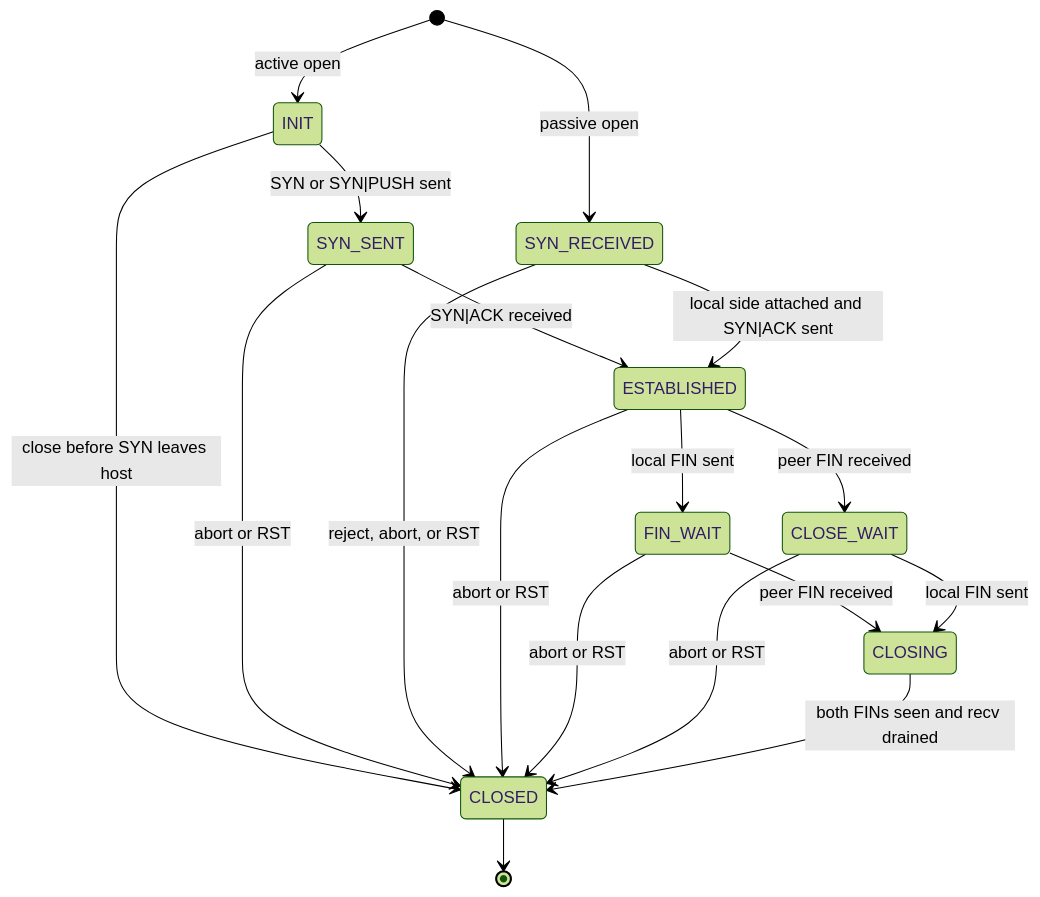
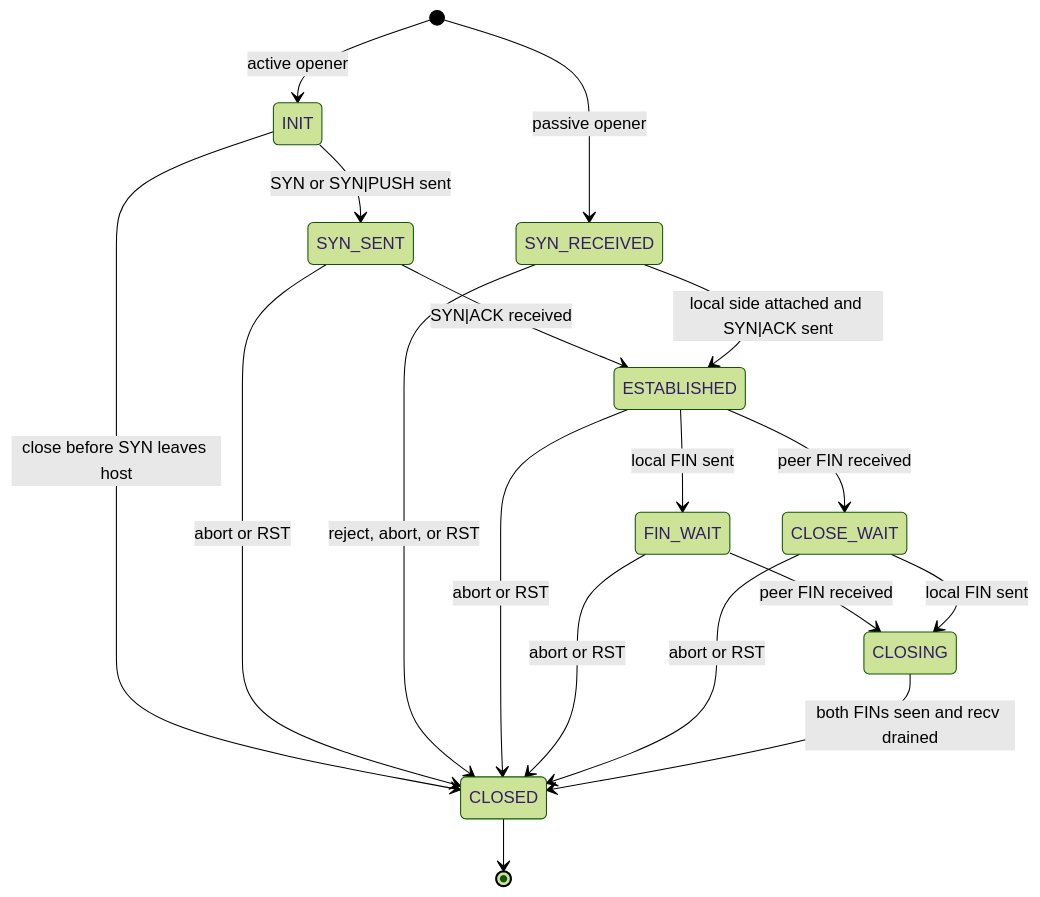
Before and after one commit to hexian000/multiplexd: the third of 17 diagrams in doc/impl.md, drawn with Mermaid (forest theme). The commit also changed other lines of this file and 21 other files, not shown here.

````diff
--- a/doc/impl.md
+++ b/doc/impl.md
@@ -159,27 +159,27 @@
 ```mermaid
 stateDiagram-v2
-  [*] --> INIT: active open
-  [*] --> SYN_RECEIVED: passive open
+  [*] --> INIT: active opener
+  [*] --> SYN_RECEIVED: passive opener
 
   INIT --> SYN_SENT: SYN or SYN|PUSH sent
   INIT --> CLOSED: close before SYN leaves host
 
   SYN_SENT --> ESTABLISHED: SYN|ACK received
   SYN_SENT --> CLOSED: abort or RST
 
   SYN_RECEIVED --> ESTABLISHED: local side attached and SYN|ACK sent
   SYN_RECEIVED --> CLOSED: reject, abort, or RST
 
   ESTABLISHED --> FIN_WAIT: local FIN sent
   ESTABLISHED --> CLOSE_WAIT: peer FIN received
   ESTABLISHED --> CLOSED: abort or RST
 
   FIN_WAIT --> CLOSING: peer FIN received
   FIN_WAIT --> CLOSED: abort or RST
 
   CLOSE_WAIT --> CLOSING: local FIN sent
   CLOSE_WAIT --> CLOSED: abort or RST
 
   CLOSING --> CLOSED: both FINs seen and recv drained
   CLOSED --> [*]
 ```
````
